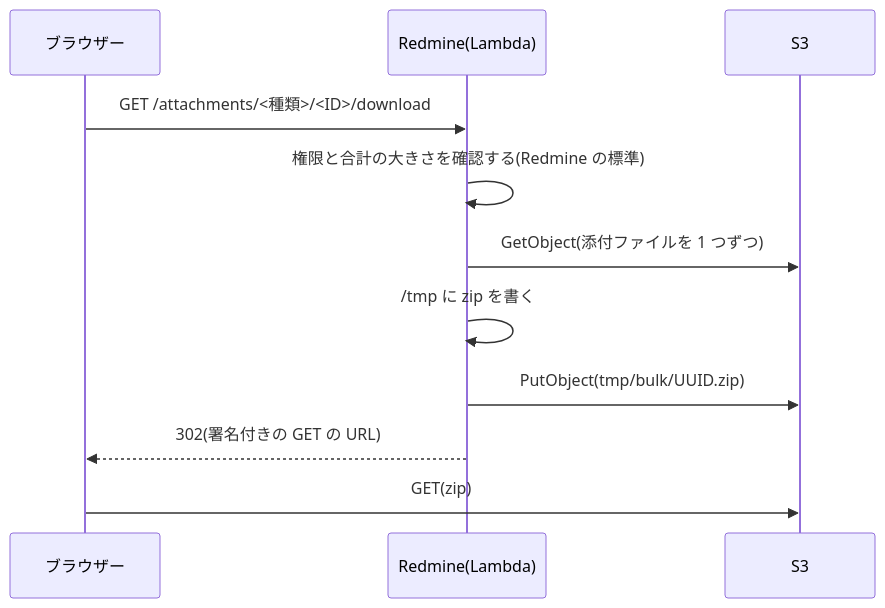
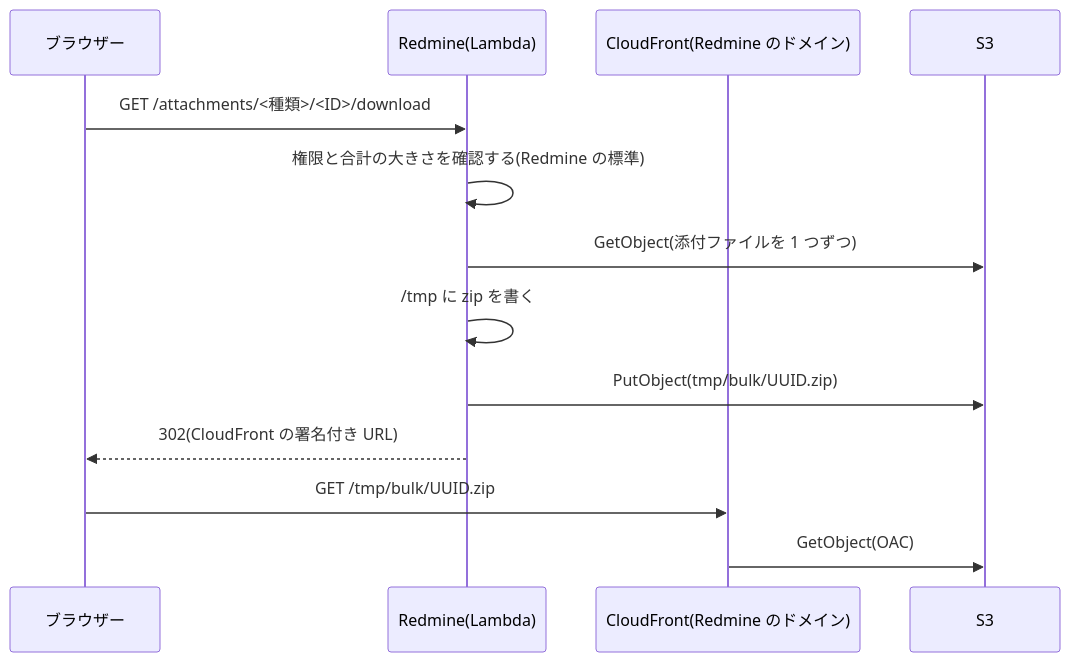
One commit to redmine-kit/redmine_aws_s3 changed the third of 3 diagrams in docs/ja/attachments.md. Above: the diagram before and after it, drawn with Mermaid. The commit also changed other lines of this file and 9 other files, not shown here.

First line of the commit message:
Upload and download attachments through CloudFront

````diff
--- a/docs/ja/attachments.md
+++ b/docs/ja/attachments.md
@@ -161,13 +194,15 @@
 ```mermaid
 sequenceDiagram
   participant B as ブラウザー
   participant R as Redmine(Lambda)
+  participant C as CloudFront(Redmine のドメイン)
   participant S as S3
   B->>R: GET /attachments/<種類>/<ID>/download
   R->>R: 権限と合計の大きさを確認する(Redmine の標準)
   R->>S: GetObject(添付ファイルを 1 つずつ)
   R->>R: /tmp に zip を書く
   R->>S: PutObject(tmp/bulk/UUID.zip)
-  R-->>B: 302(署名付きの GET の URL)
-  B->>S: GET(zip)
+  R-->>B: 302(CloudFront の署名付き URL)
+  B->>C: GET /tmp/bulk/UUID.zip
+  C->>S: GetObject(OAC)
 ```
````
